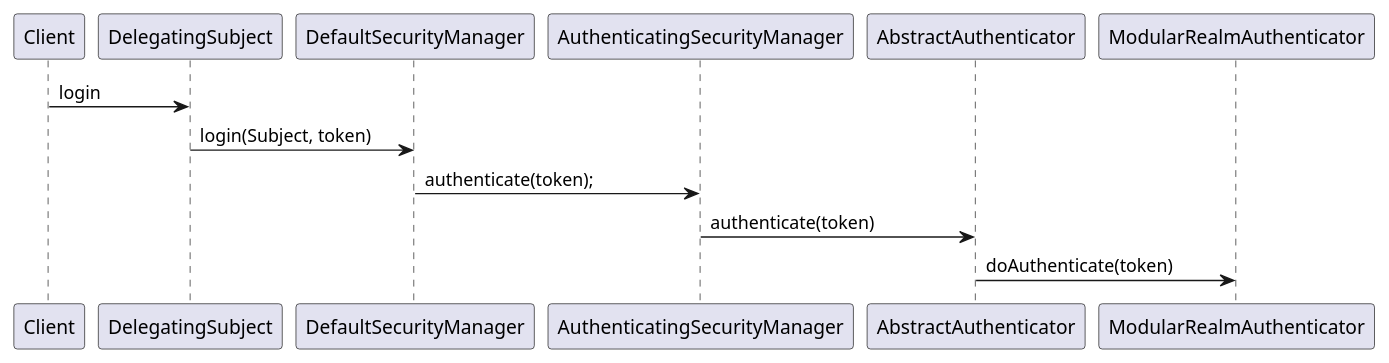
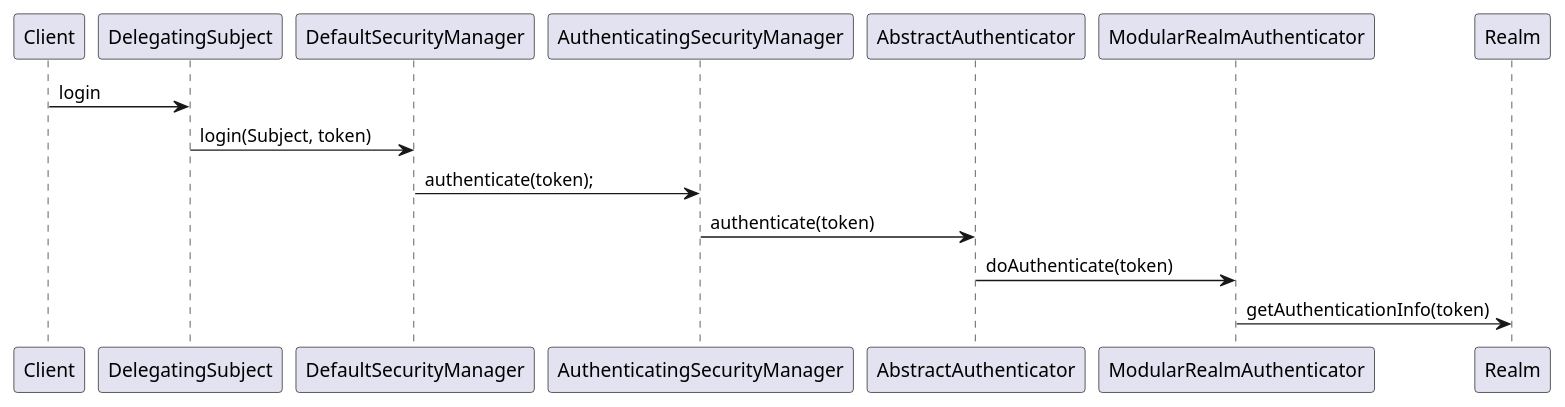
Before and after one commit to ljhupahu/MyProject: the diagram in shiro/A_Sequence_UML/Login.puml, drawn with PlantUML. The commit also changed 3 other files, not shown here.

Commit message:
add uml file

```diff
--- a/shiro/A_Sequence_UML/Login.puml
+++ b/shiro/A_Sequence_UML/Login.puml
@@ -1,12 +1,12 @@
 @startuml
 /'
     This diagram describes how do a subject login.
 '/
 
 Client -> DelegatingSubject:login
 DelegatingSubject -> DefaultSecurityManager:login(Subject, token)
 DefaultSecurityManager -> AuthenticatingSecurityManager:authenticate(token);
 AuthenticatingSecurityManager -> AbstractAuthenticator: authenticate(token)
 AbstractAuthenticator -> ModularRealmAuthenticator: doAuthenticate(token)
-
+ModularRealmAuthenticator -> Realm: getAuthenticationInfo(token)
 @enduml
```
